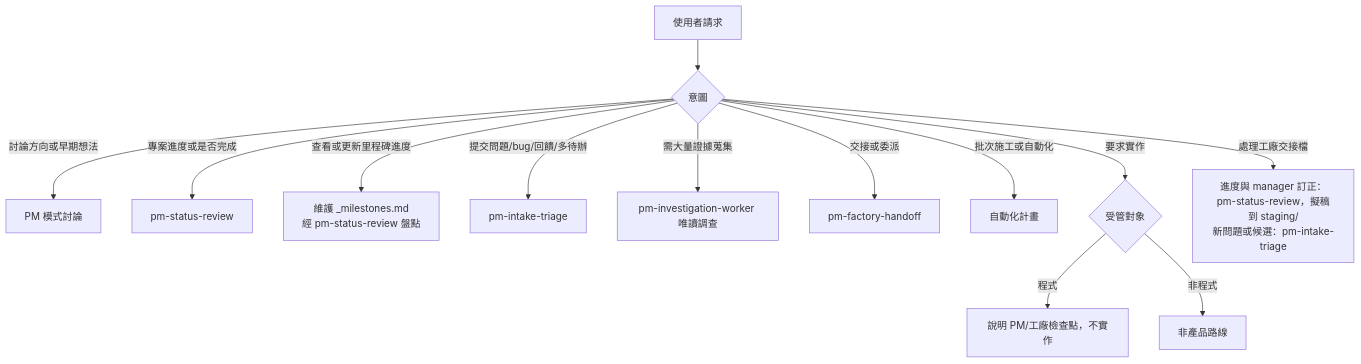
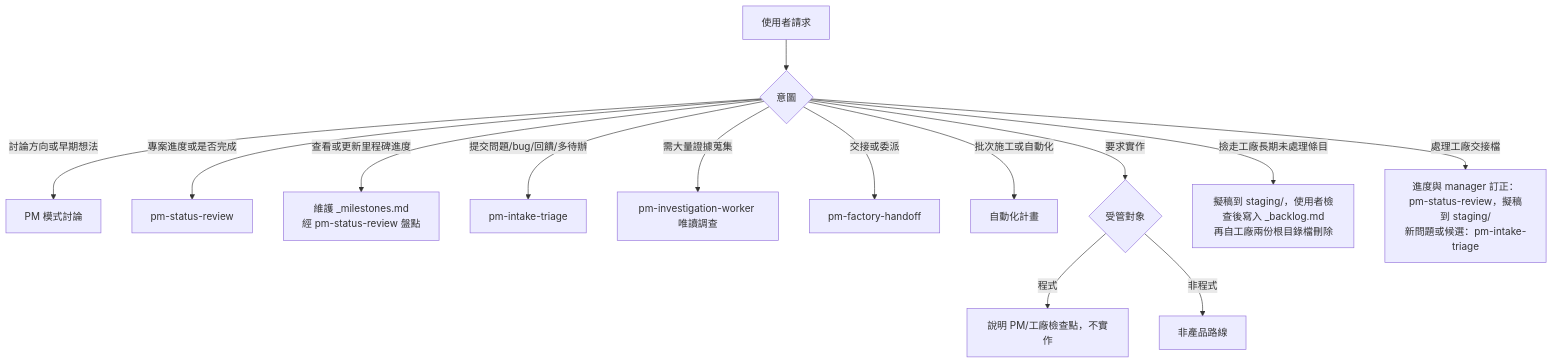
The first of 4 diagrams in orchestrator-pm-readme.md (nekojuice/.agents), drawn with Mermaid before and after one commit. The commit also changed other lines of this file and 36 other files, not shown here.

````diff
--- a/orchestrator-pm-readme.md
+++ b/orchestrator-pm-readme.md
@@ -86,15 +86,16 @@
 ```mermaid
 flowchart TD
   U[使用者請求] --> R{意圖}
   R -- 討論方向或早期想法 --> D[PM 模式討論]
   R -- 專案進度或是否完成 --> S[pm-status-review]
   R -- 查看或更新里程碑進度 --> M[維護 _milestones.md<br/>經 pm-status-review 盤點]
   R -- 提交問題/bug/回饋/多待辦 --> T[pm-intake-triage]
   R -- 需大量證據蒐集 --> I[pm-investigation-worker 唯讀調查]
   R -- 交接或委派 --> H[pm-factory-handoff]
   R -- 批次施工或自動化 --> A[自動化計畫]
   R -- 要求實作 --> K{受管對象}
   K -- 程式 --> X[說明 PM/工廠檢查點，不實作]
   K -- 非程式 --> N[非產品路線]
+  R -- 撿走工廠長期未處理條目 --> P[擬稿到 staging/，使用者檢查後寫入 _backlog.md<br/>再自工廠兩份根目錄檔刪除]
   R -- 處理工廠交接檔 --> F[進度與 manager 訂正：pm-status-review，擬稿到 staging/<br/>新問題或候選：pm-intake-triage]
 ```
````
